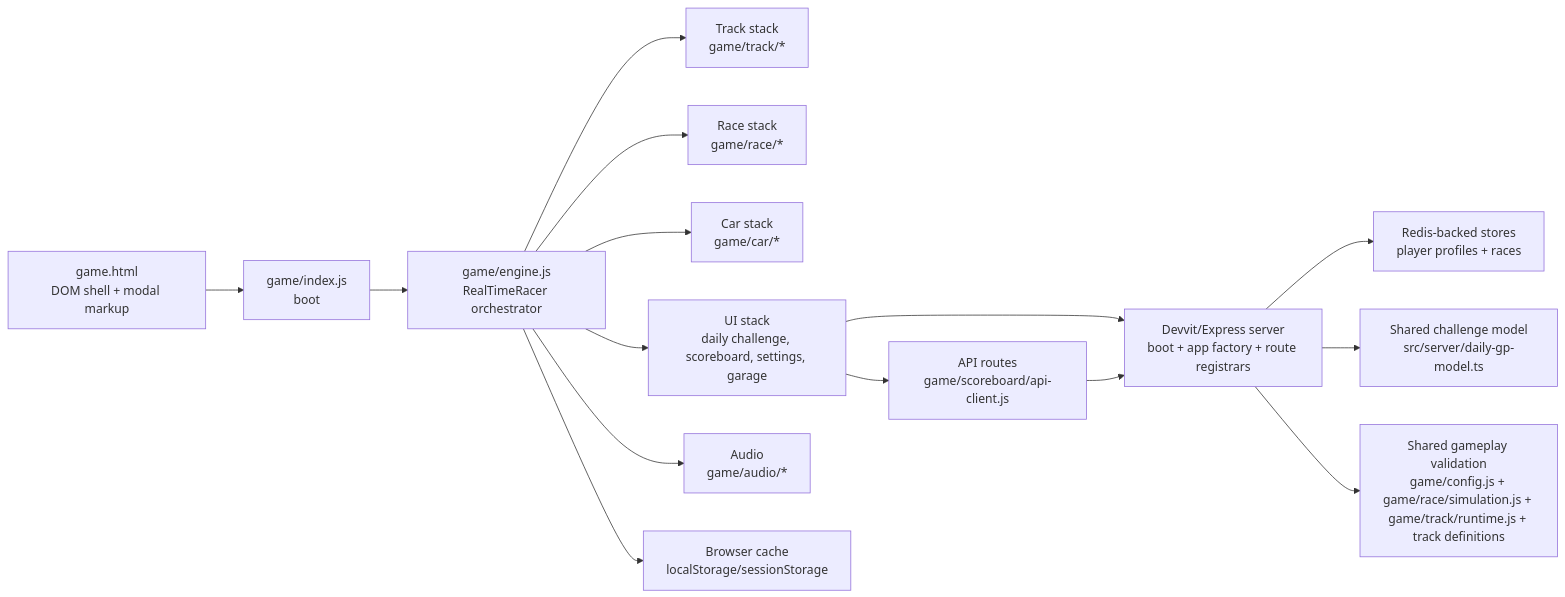
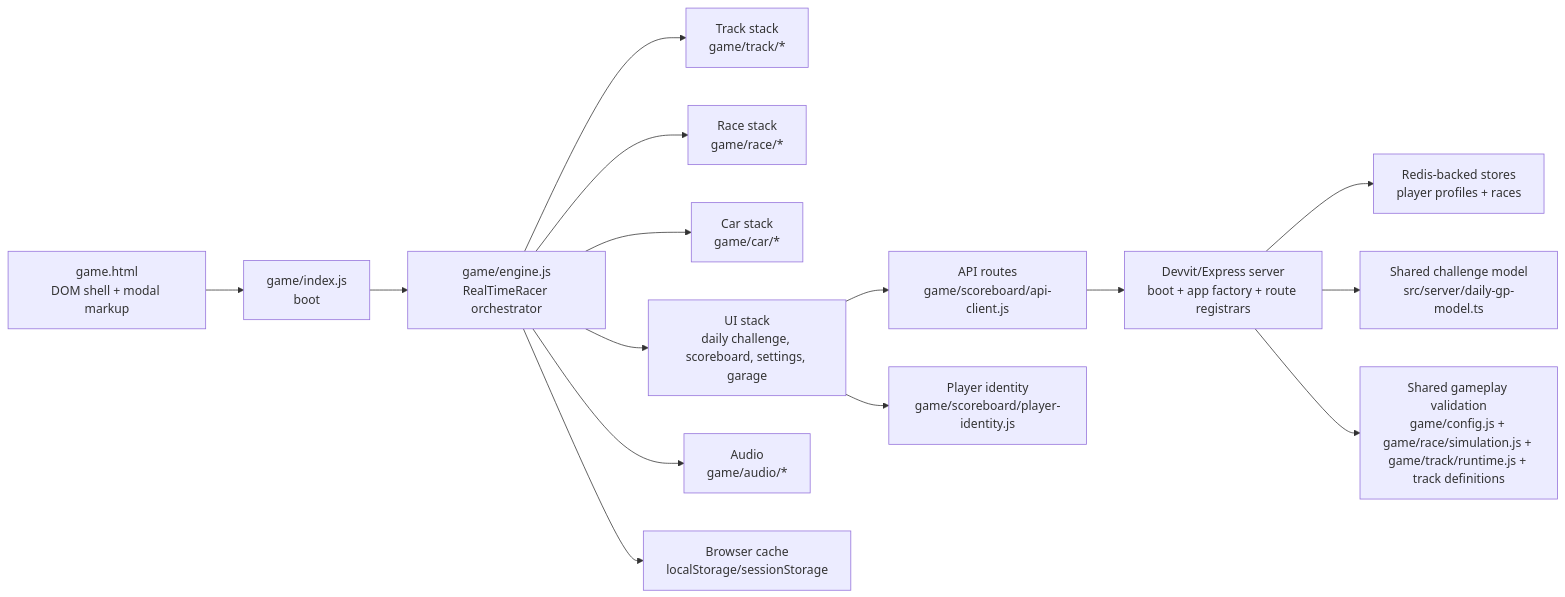
One commit to shimrut/mini-racer changed the diagram in docs/system-change-map.md. Above: the diagram before and after it, drawn with Mermaid.

Commit message:
Fix system-change-map diagram node ids after identity split.

````diff
--- a/docs/system-change-map.md
+++ b/docs/system-change-map.md
@@ -21,20 +21,20 @@
 ```mermaid
 flowchart LR
     A["game.html<br/>DOM shell + modal markup"] --> B["game/index.js<br/>boot"]
     B --> C["game/engine.js<br/>RealTimeRacer orchestrator"]
 
     C --> D["Track stack<br/>game/track/*"]
     C --> E["Race stack<br/>game/race/*"]
     C --> F["Car stack<br/>game/car/*"]
     C --> G["UI stack<br/>daily challenge, scoreboard, settings, garage"]
     C --> H["Audio<br/>game/audio/*"]
     C --> I["Browser cache<br/>localStorage/sessionStorage"]
 
     G --> J["API routes<br/>game/scoreboard/api-client.js"]
-    G --> K["Player identity<br/>game/scoreboard/player-identity.js"]
+    G --> PI["Player identity<br/>game/scoreboard/player-identity.js"]
     J --> K["Devvit/Express server<br/>boot + app factory + route registrars"]
     K --> L["Redis-backed stores<br/>player profiles + races"]
 
     K --> M["Shared challenge model<br/>src/server/daily-gp-model.ts"]
     K --> N["Shared gameplay validation<br/>game/config.js + game/race/simulation.js + game/track/runtime.js + track definitions"]
 ```
````
